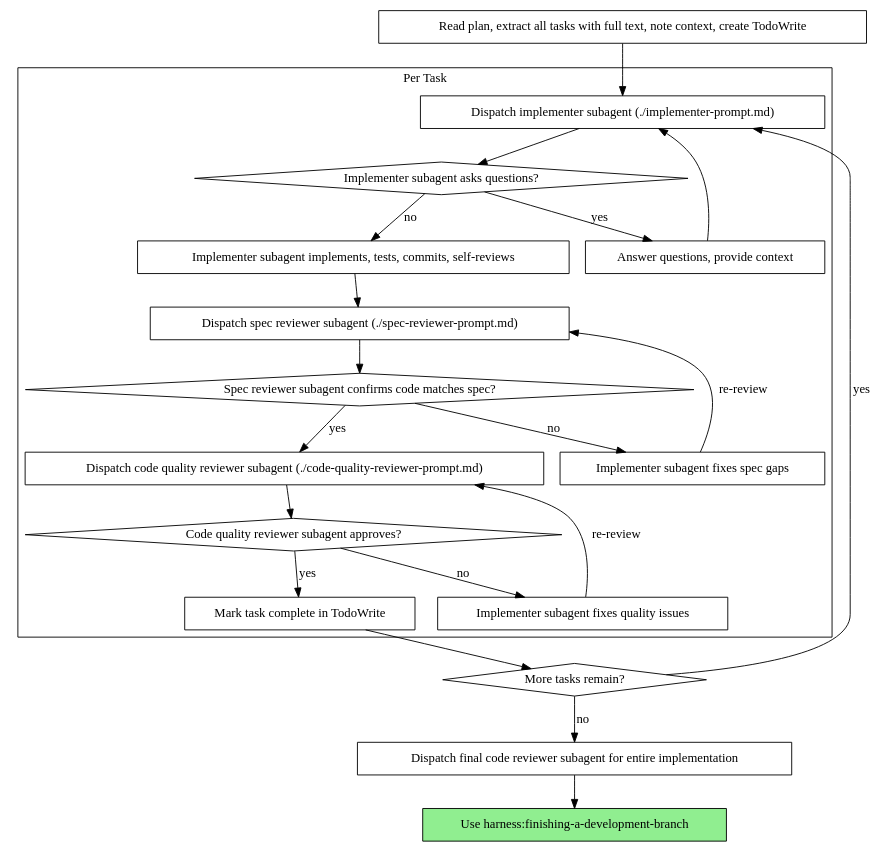
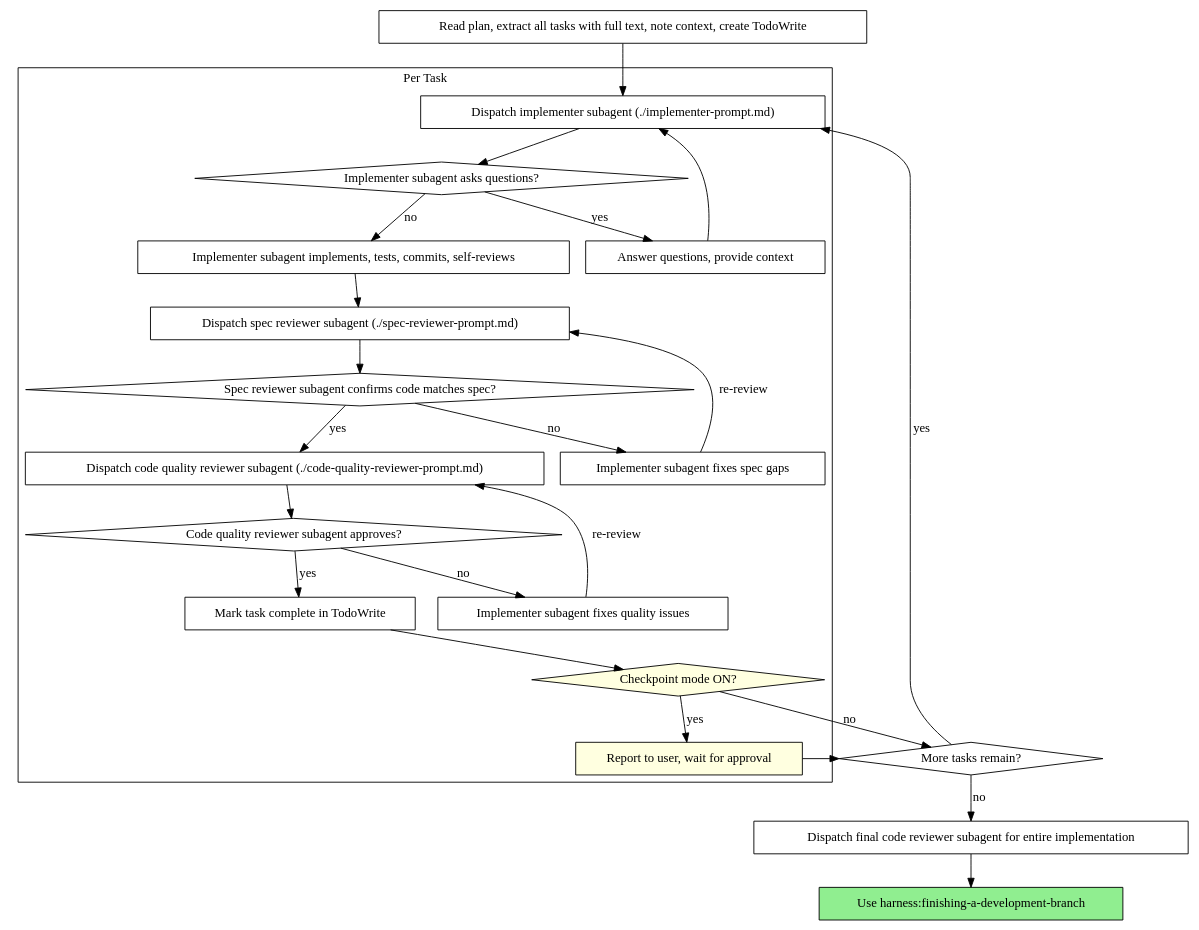
Before and after one commit to astrosteveo/harness: the second of 2 diagrams in skills/subagent-driven-development/SKILL.md, drawn with Graphviz. The commit also changed other lines of this file and 2 other files, not shown here.

First line of the commit message:
feat(execution): add checkpoint mode for subagent-driven development

````diff
--- a/skills/subagent-driven-development/SKILL.md
+++ b/skills/subagent-driven-development/SKILL.md
@@ -40,44 +50,49 @@
 ```dot
 digraph process {
     rankdir=TB;
 
     subgraph cluster_per_task {
         label="Per Task";
         "Dispatch implementer subagent (./implementer-prompt.md)" [shape=box];
         "Implementer subagent asks questions?" [shape=diamond];
         "Answer questions, provide context" [shape=box];
         "Implementer subagent implements, tests, commits, self-reviews" [shape=box];
         "Dispatch spec reviewer subagent (./spec-reviewer-prompt.md)" [shape=box];
         "Spec reviewer subagent confirms code matches spec?" [shape=diamond];
         "Implementer subagent fixes spec gaps" [shape=box];
         "Dispatch code quality reviewer subagent (./code-quality-reviewer-prompt.md)" [shape=box];
         "Code quality reviewer subagent approves?" [shape=diamond];
         "Implementer subagent fixes quality issues" [shape=box];
         "Mark task complete in TodoWrite" [shape=box];
+        "Checkpoint mode ON?" [shape=diamond style=filled fillcolor=lightyellow];
+        "Report to user, wait for approval" [shape=box style=filled fillcolor=lightyellow];
     }
 
     "Read plan, extract all tasks with full text, note context, create TodoWrite" [shape=box];
     "More tasks remain?" [shape=diamond];
     "Dispatch final code reviewer subagent for entire implementation" [shape=box];
     "Use harness:finishing-a-development-branch" [shape=box style=filled fillcolor=lightgreen];
 
     "Read plan, extract all tasks with full text, note context, create TodoWrite" -> "Dispatch implementer subagent (./implementer-prompt.md)";
     "Dispatch implementer subagent (./implementer-prompt.md)" -> "Implementer subagent asks questions?";
     "Implementer subagent asks questions?" -> "Answer questions, provide context" [label="yes"];
     "Answer questions, provide context" -> "Dispatch implementer subagent (./implementer-prompt.md)";
     "Implementer subagent asks questions?" -> "Implementer subagent implements, tests, commits, self-reviews" [label="no"];
     "Implementer subagent implements, tests, commits, self-reviews" -> "Dispatch spec reviewer subagent (./spec-reviewer-prompt.md)";
     "Dispatch spec reviewer subagent (./spec-reviewer-prompt.md)" -> "Spec reviewer subagent confirms code matches spec?";
     "Spec reviewer subagent confirms code matches spec?" -> "Implementer subagent fixes spec gaps" [label="no"];
     "Implementer subagent fixes spec gaps" -> "Dispatch spec reviewer subagent (./spec-reviewer-prompt.md)" [label="re-review"];
     "Spec reviewer subagent confirms code matches spec?" -> "Dispatch code quality reviewer subagent (./code-quality-reviewer-prompt.md)" [label="yes"];
     "Dispatch code quality reviewer subagent (./code-quality-reviewer-prompt.md)" -> "Code quality reviewer subagent approves?";
     "Code quality reviewer subagent approves?" -> "Implementer subagent fixes quality issues" [label="no"];
     "Implementer subagent fixes quality issues" -> "Dispatch code quality reviewer subagent (./code-quality-reviewer-prompt.md)" [label="re-review"];
     "Code quality reviewer subagent approves?" -> "Mark task complete in TodoWrite" [label="yes"];
-    "Mark task complete in TodoWrite" -> "More tasks remain?";
+    "Mark task complete in TodoWrite" -> "Checkpoint mode ON?";
+    "Checkpoint mode ON?" -> "Report to user, wait for approval" [label="yes"];
+    "Checkpoint mode ON?" -> "More tasks remain?" [label="no"];
+    "Report to user, wait for approval" -> "More tasks remain?";
     "More tasks remain?" -> "Dispatch implementer subagent (./implementer-prompt.md)" [label="yes"];
     "More tasks remain?" -> "Dispatch final code reviewer subagent for entire implementation" [label="no"];
     "Dispatch final code reviewer subagent for entire implementation" -> "Use harness:finishing-a-development-branch";
 }
 ```
````
